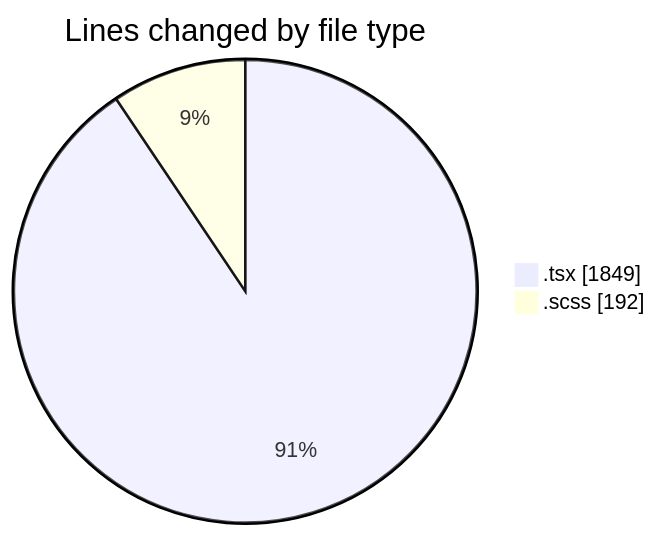
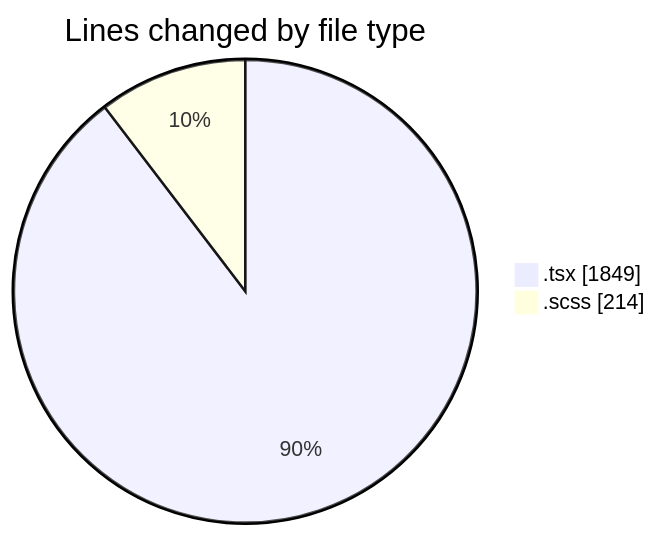
The first of 2 diagrams in 2025-04-07/cda/README.md (momahboobian/code-tracking), drawn with Mermaid before and after one commit. The commit also changed other lines of this file and 1 other file, not shown here.

````diff
--- a/2025-04-07/cda/README.md
+++ b/2025-04-07/cda/README.md
@@ -26,6 +26,6 @@
 ```mermaid
 pie showData
 title Lines changed by file type
 ".tsx" : 1849
-".scss" : 192
+".scss" : 214
 ```
````
